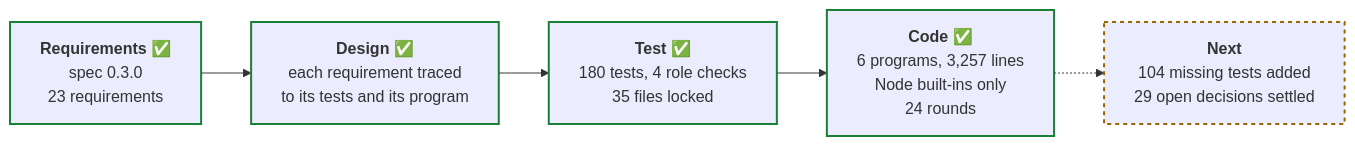
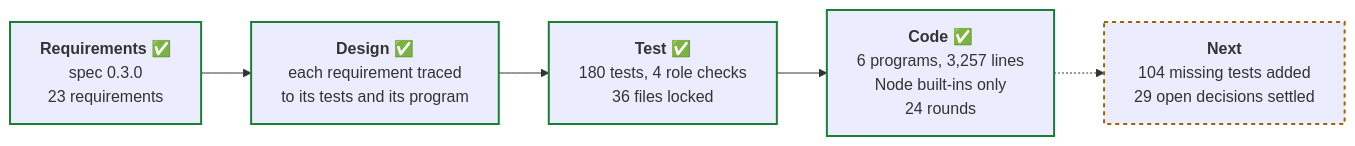
One commit to PaulDuvall/adlc-security-reviewer changed the third of 4 diagrams in README.md. Above: the diagram before and after it, drawn with Mermaid. The commit also changed other lines of this file and 7 other files, not shown here.

````diff
--- a/README.md
+++ b/README.md
@@ -277,13 +277,13 @@
 ```mermaid
 flowchart LR
   req["<b>Requirements</b> ✅<br/>spec 0.3.0<br/>23 requirements"]
   des["<b>Design</b> ✅<br/>each requirement traced<br/>to its tests and its program"]
-  tst["<b>Test</b> ✅<br/>180 tests, 4 role checks<br/>35 files locked"]
+  tst["<b>Test</b> ✅<br/>180 tests, 4 role checks<br/>36 files locked"]
   cod["<b>Code</b> ✅<br/>6 programs, 3,257 lines<br/>Node built-ins only<br/>24 rounds"]
   nxt["<b>Next</b><br/>104 missing tests added<br/>29 open decisions settled"]
   req --> des --> tst --> cod -.-> nxt
   classDef done stroke:#1a7f37,stroke-width:2px
   classDef next stroke:#9a6700,stroke-width:2px,stroke-dasharray:4
   class req,des,tst,cod done
   class nxt next
 ```
````
